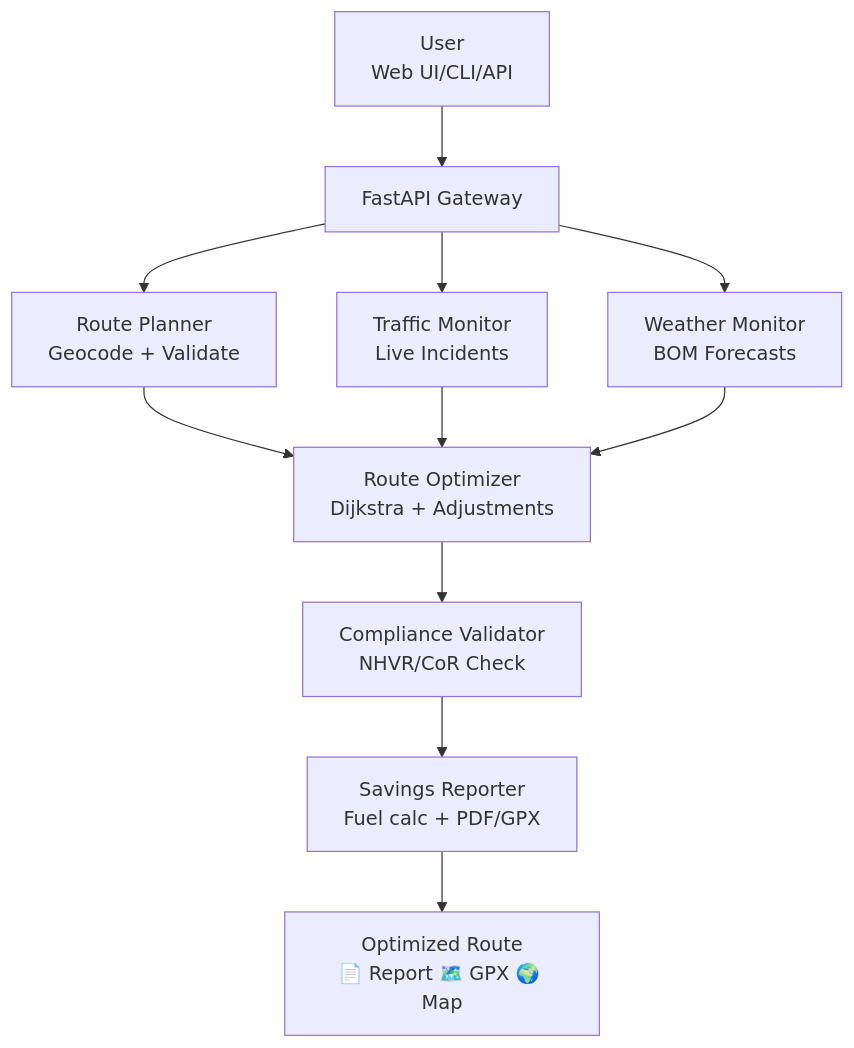
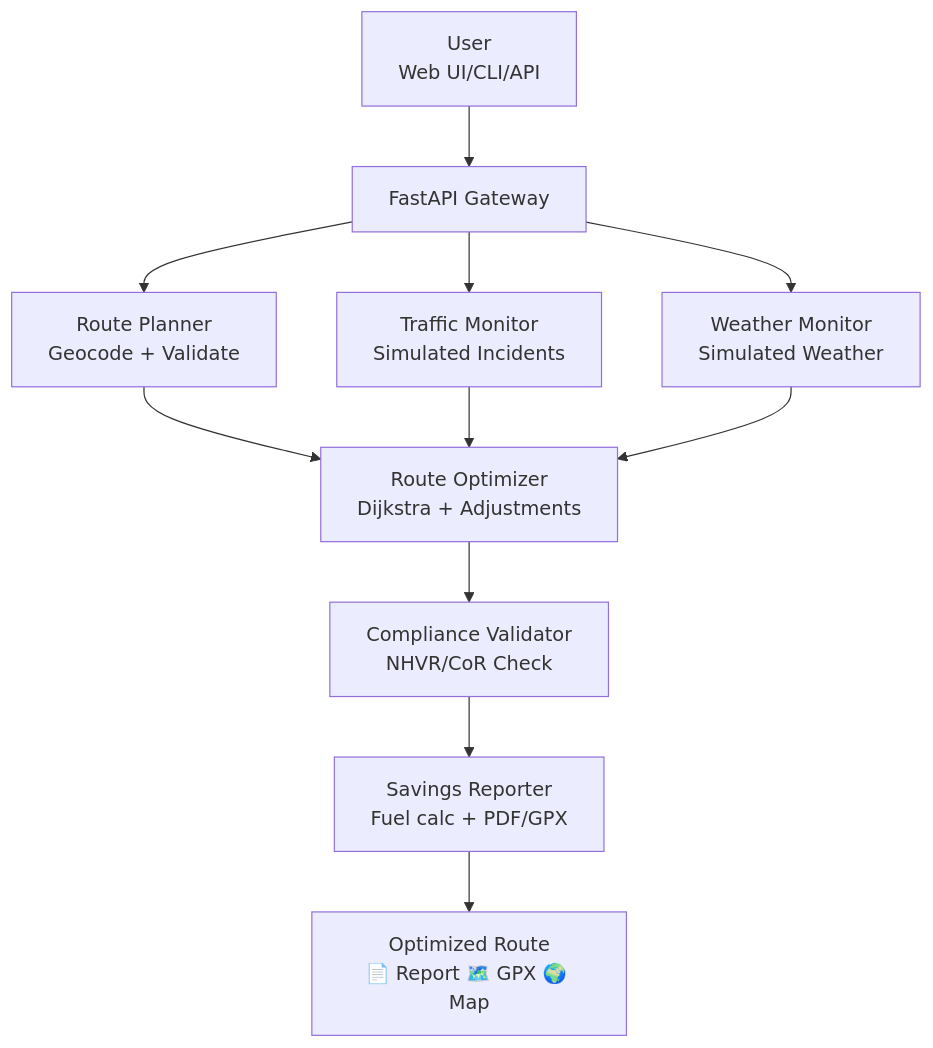
One commit to Etherist/smart-transport-route-optimiser changed the first of 2 diagrams in README.md. Above: the diagram before and after it, drawn with Mermaid. The commit also changed other lines of this file, not shown here.

````diff
--- a/README.md
+++ b/README.md
@@ -117,13 +111,13 @@
 ```mermaid
 graph TD
     User[User<br/>Web UI/CLI/API] --> Gateway[FastAPI Gateway]
     Gateway --> Planner[Route Planner<br/>Geocode + Validate]
-    Gateway --> Traffic[Traffic Monitor<br/>Live Incidents]
-    Gateway --> Weather[Weather Monitor<br/>BOM Forecasts]
+    Gateway --> Traffic[Traffic Monitor<br/>Simulated Incidents]
+    Gateway --> Weather[Weather Monitor<br/>Simulated Weather]
     Planner --> Optimizer[Route Optimizer<br/>Dijkstra + Adjustments]
     Traffic --> Optimizer
     Weather --> Optimizer
     Optimizer --> Compliance[Compliance Validator<br/>NHVR/CoR Check]
     Compliance --> Reporter[Savings Reporter<br/>Fuel calc + PDF/GPX]
     Reporter --> Output[Optimized Route<br/>📄 Report 🗺️ GPX 🌍 Map]
 ```
````
